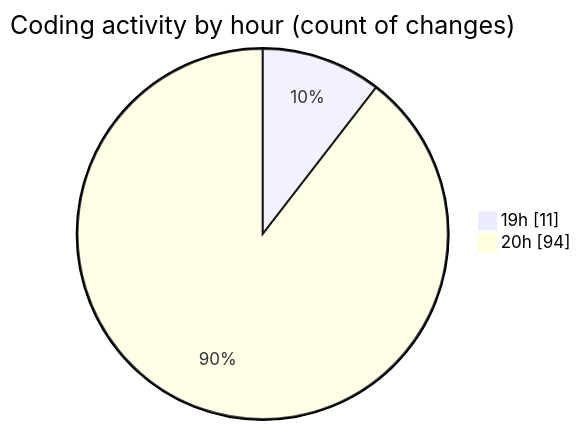
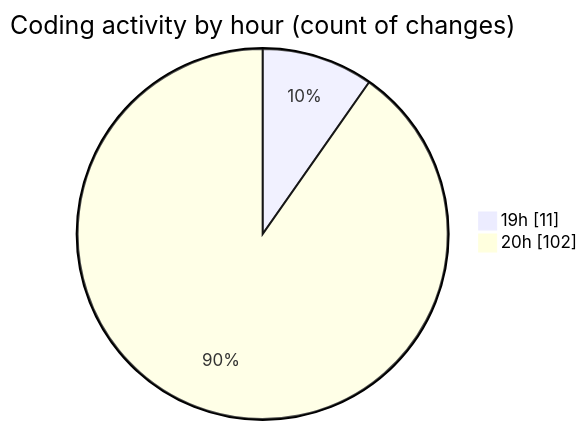
Before and after one commit to Netris89/code-tracking: the second of 2 diagrams in 2025-04-03/back-end/README.md, drawn with Mermaid. The commit also changed other lines of this file and 1 other file, not shown here.

````diff
--- a/2025-04-03/back-end/README.md
+++ b/2025-04-03/back-end/README.md
@@ -69,6 +70,6 @@
 ```mermaid
 pie showData
 title Coding activity by hour (count of changes)
 "19h" : 11
-"20h" : 94
+"20h" : 102
 ```
````
